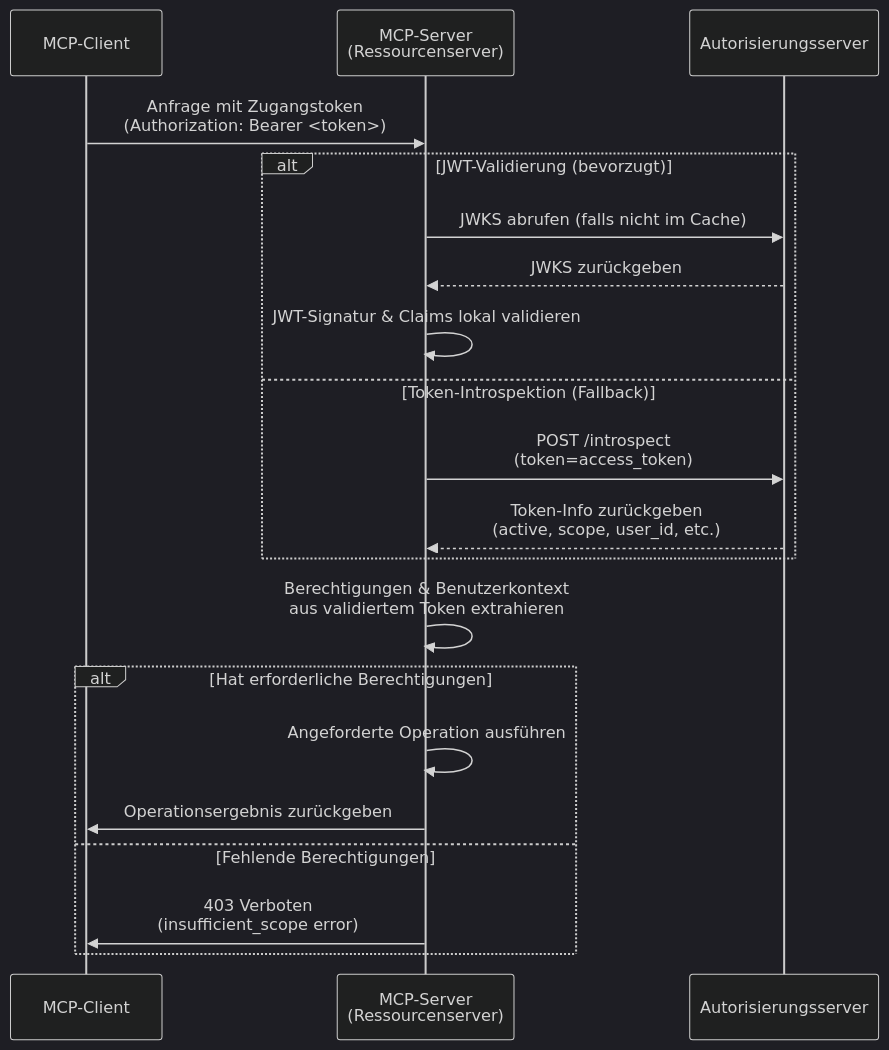
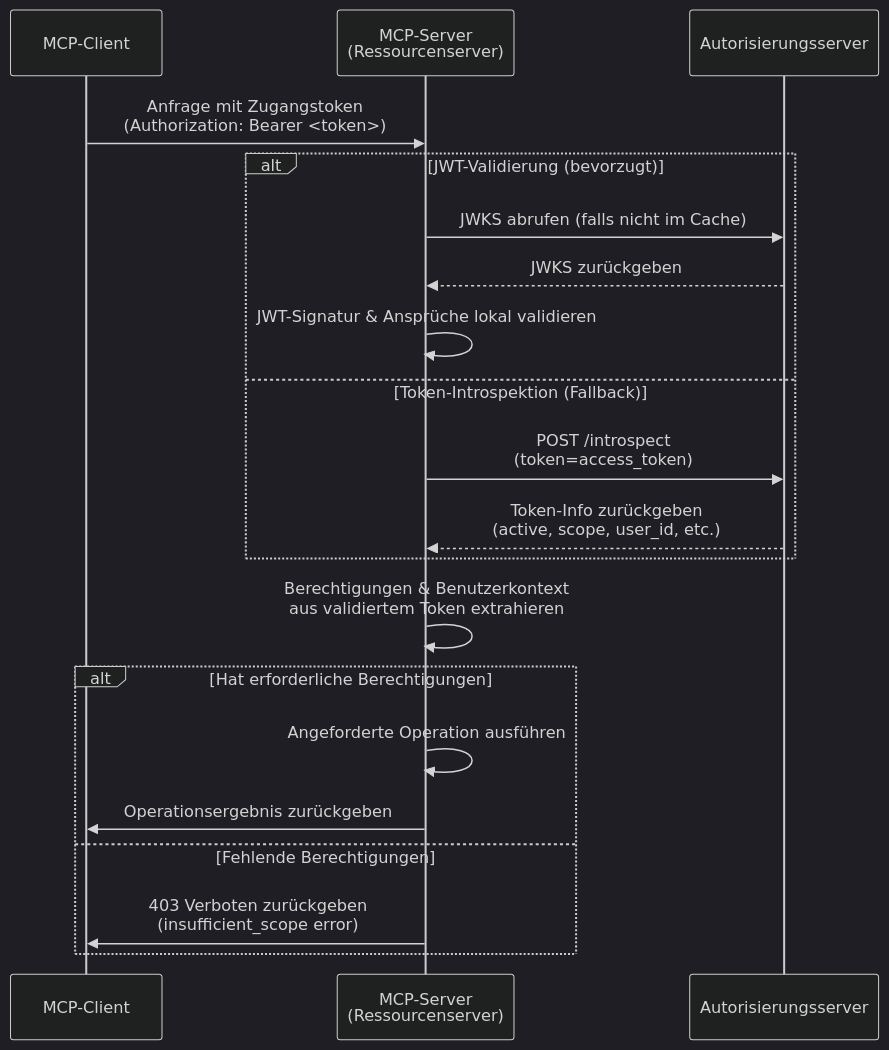
Before and after one commit to mcp-auth/docs: the second of 2 diagrams in i18n/de/docusaurus-plugin-content-docs/current/tutorials/todo-manager/README.mdx, drawn with Mermaid (dark theme). The commit also changed other lines of this file and 18 other files, not shown here.

````diff
--- a/i18n/de/docusaurus-plugin-content-docs/current/tutorials/todo-manager/README.mdx
+++ b/i18n/de/docusaurus-plugin-content-docs/current/tutorials/todo-manager/README.mdx
@@ -135,26 +137,26 @@
 ```mermaid
 sequenceDiagram
     participant Client as MCP-Client
     participant Server as MCP-Server<br/>(Ressourcenserver)
     participant Auth as Autorisierungsserver
 
     Client->>Server: Anfrage mit Zugangstoken<br/>(Authorization: Bearer <token>)
 
     alt JWT-Validierung (bevorzugt)
         Server->>Auth: JWKS abrufen (falls nicht im Cache)
         Auth-->>Server: JWKS zurückgeben
-        Server->>Server: JWT-Signatur & Claims lokal validieren
+        Server->>Server: JWT-Signatur & Ansprüche lokal validieren
     else Token-Introspektion (Fallback)
         Server->>Auth: POST /introspect<br/>(token=access_token)
         Auth-->>Server: Token-Info zurückgeben<br/>(active, scope, user_id, etc.)
     end
 
     Server->>Server: Berechtigungen & Benutzerkontext<br/>aus validiertem Token extrahieren
 
     alt Hat erforderliche Berechtigungen
         Server->>Server: Angeforderte Operation ausführen
         Server->>Client: Operationsergebnis zurückgeben
     else Fehlende Berechtigungen
-        Server->>Client: 403 Verboten<br/>(insufficient_scope error)
+        Server->>Client: 403 Verboten zurückgeben<br/>(insufficient_scope error)
     end
 ```
````
